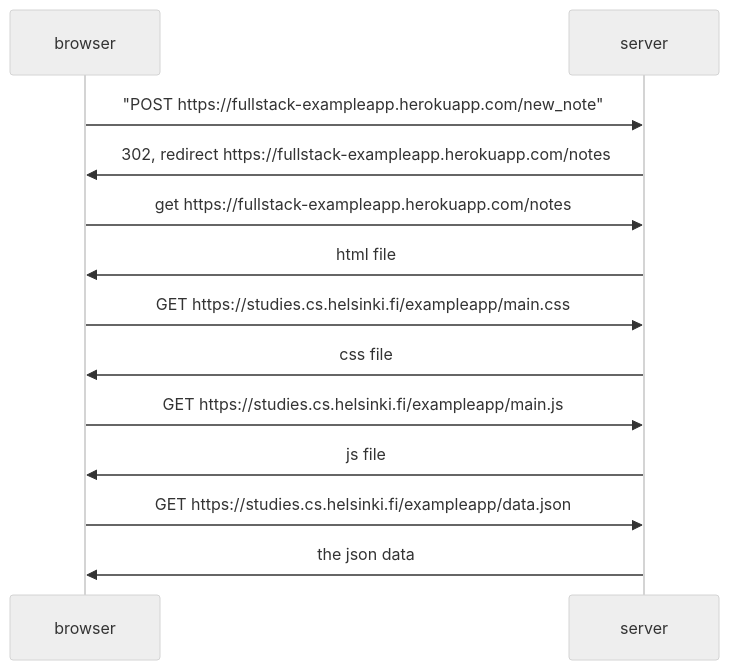
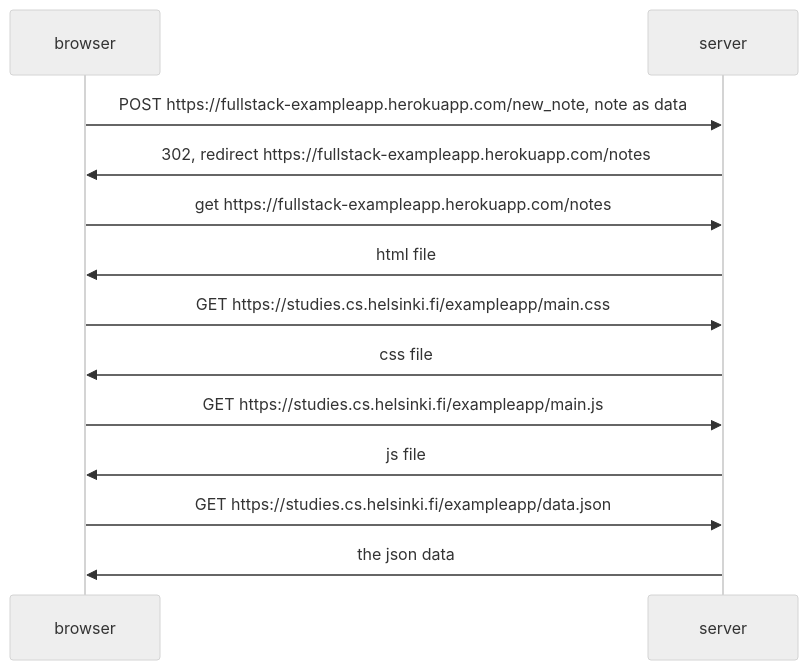
Before and after one commit to SuperTLP/fullstack-course: the diagram in osa-0/0.4.md, drawn with Mermaid (neutral theme).

````diff
--- a/osa-0/0.4.md
+++ b/osa-0/0.4.md
@@ -1,22 +1,22 @@
 ```mermaid
 sequenceDiagram
 participant browser
 participant server
 
-browser->>server: "POST https://fullstack-exampleapp.herokuapp.com/new_note"
+browser->>server: POST https://fullstack-exampleapp.herokuapp.com/new_note, note as data
 server ->> browser: 302, redirect https://fullstack-exampleapp.herokuapp.com/notes
 
 browser ->> server: get https://fullstack-exampleapp.herokuapp.com/notes
 server ->> browser: html file
 
 browser->>server: GET https://studies.cs.helsinki.fi/exampleapp/main.css
 server ->> browser: css file
 
 browser->>server: GET https://studies.cs.helsinki.fi/exampleapp/main.js
 server ->> browser: js file
 
 browser->>server: GET https://studies.cs.helsinki.fi/exampleapp/data.json
 server ->> browser: the json data
 
 
 ```
````
